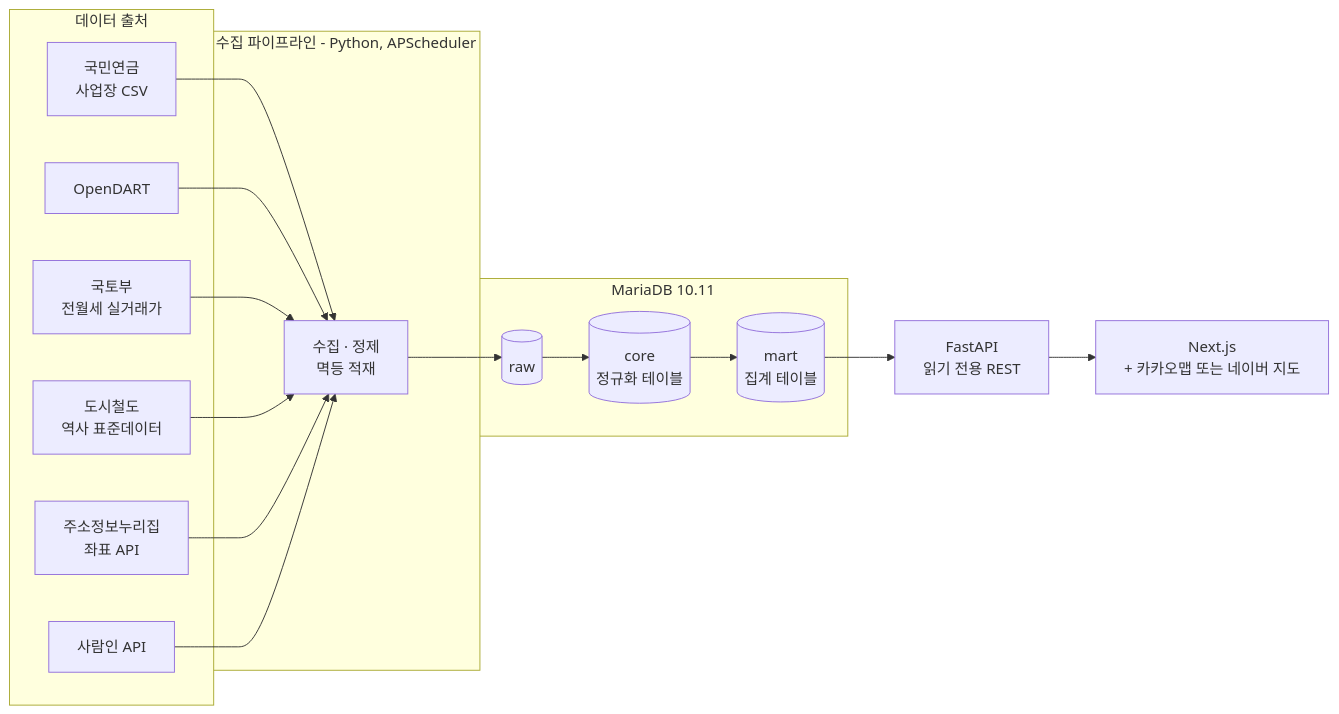
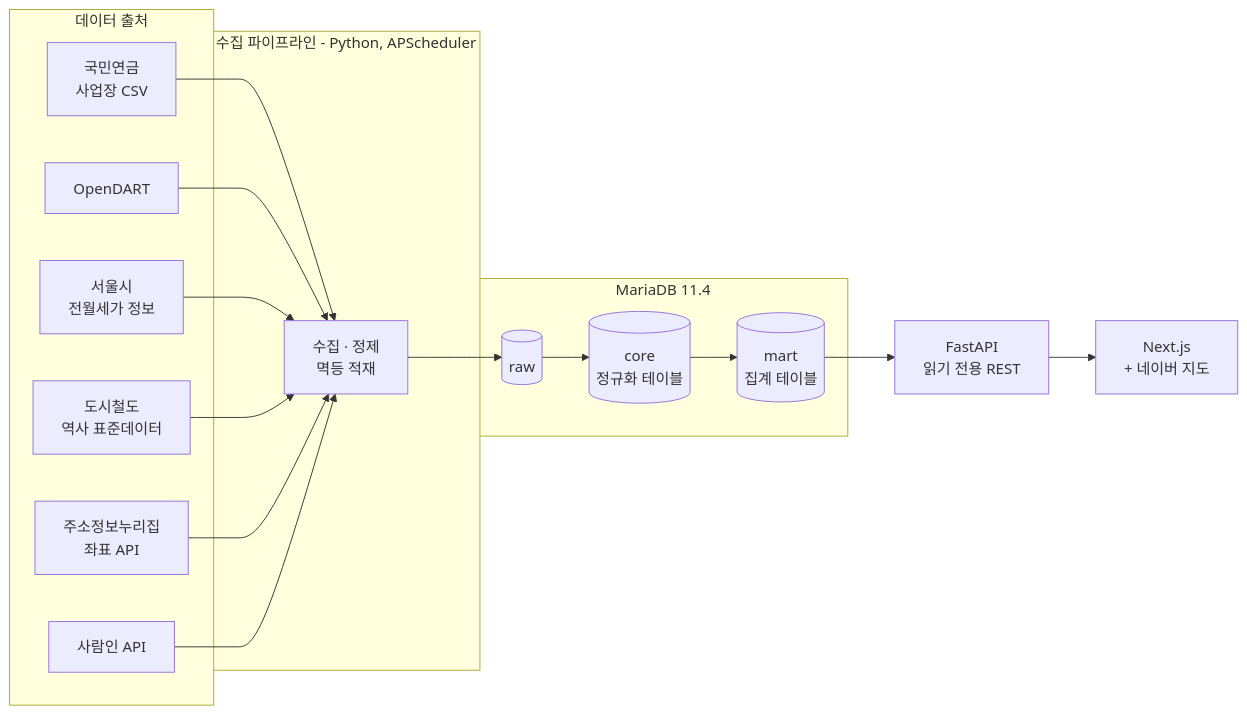
One commit to ssklpp/worth-joining changed the diagram in README.md. Above: the diagram before and after it, drawn with Mermaid. The commit also changed other lines of this file, not shown here.

````diff
--- a/README.md
+++ b/README.md
@@ -112,28 +113,28 @@
 ```mermaid
 flowchart LR
   subgraph Sources[데이터 출처]
     NPS[국민연금<br/>사업장 CSV]
     DART[OpenDART]
-    RENT[국토부<br/>전월세 실거래가]
+    RENT[서울시<br/>전월세가 정보]
     STN[도시철도<br/>역사 표준데이터]
     JUSO[주소정보누리집<br/>좌표 API]
     SRM[사람인 API]
   end
 
   subgraph Pipeline[수집 파이프라인 - Python, APScheduler]
     COL[수집 · 정제<br/>멱등 적재]
   end
 
-  subgraph DB[MariaDB 10.11]
+  subgraph DB[MariaDB 11.4]
     RAW[(raw)]
     CORE[(core<br/>정규화 테이블)]
     MART[(mart<br/>집계 테이블)]
   end
 
   API[FastAPI<br/>읽기 전용 REST]
-  WEB[Next.js<br/>+ 카카오맵 또는 네이버 지도]
+  WEB[Next.js<br/>+ 네이버 지도]
 
   NPS & DART & RENT & STN & JUSO & SRM --> COL
   COL --> RAW --> CORE --> MART
   MART --> API --> WEB
 ```
````
